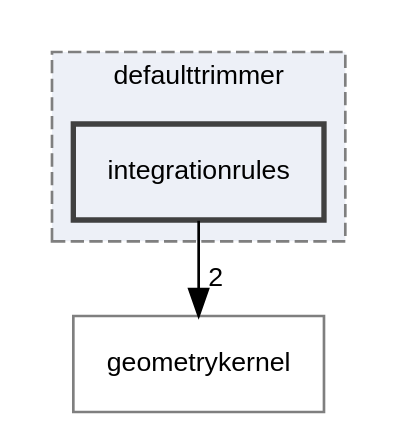
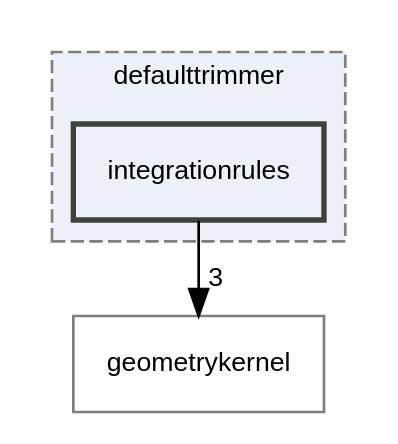
Before and after one commit to rath3t/dune-iga-doc: the diagram in dir_7ed5cc8732fbacc6a192622dcae82fb8_dep.dot, drawn with Graphviz. The commit also changed 1693 other files, not shown here.

```diff
--- a/dir_7ed5cc8732fbacc6a192622dcae82fb8_dep.dot
+++ b/dir_7ed5cc8732fbacc6a192622dcae82fb8_dep.dot
@@ -1,13 +1,13 @@
 digraph "integrationrules"
 {
  // LATEX_PDF_SIZE
   edge [fontname="Helvetica",fontsize="10",labelfontname="Helvetica",labelfontsize="10"];
   node [fontname="Helvetica",fontsize="10",shape=record];
   compound=true
   subgraph clusterdir_265321845ed2650d675b22a94b62262d {
     graph [ bgcolor="#edf0f7", pencolor="grey50", style="filled,dashed,", label="defaulttrimmer", fontname="Helvetica", fontsize="10", URL="dir_265321845ed2650d675b22a94b62262d.html"]
   dir_7ed5cc8732fbacc6a192622dcae82fb8 [shape=box, label="integrationrules", style="filled,bold,", fillcolor="#edf0f7", color="grey25", URL="dir_7ed5cc8732fbacc6a192622dcae82fb8.html"];
   }
   dir_98571e7345f7327fea7723ec1a12d870 [shape=box, label="geometrykernel", style="", fillcolor="#edf0f7", color="grey50", URL="dir_98571e7345f7327fea7723ec1a12d870.html"];
-  dir_7ed5cc8732fbacc6a192622dcae82fb8->dir_98571e7345f7327fea7723ec1a12d870 [headlabel="2", labeldistance=1.5 headhref="dir_000012_000006.html"];
+  dir_7ed5cc8732fbacc6a192622dcae82fb8->dir_98571e7345f7327fea7723ec1a12d870 [headlabel="3", labeldistance=1.5 headhref="dir_000012_000006.html"];
 }
```
